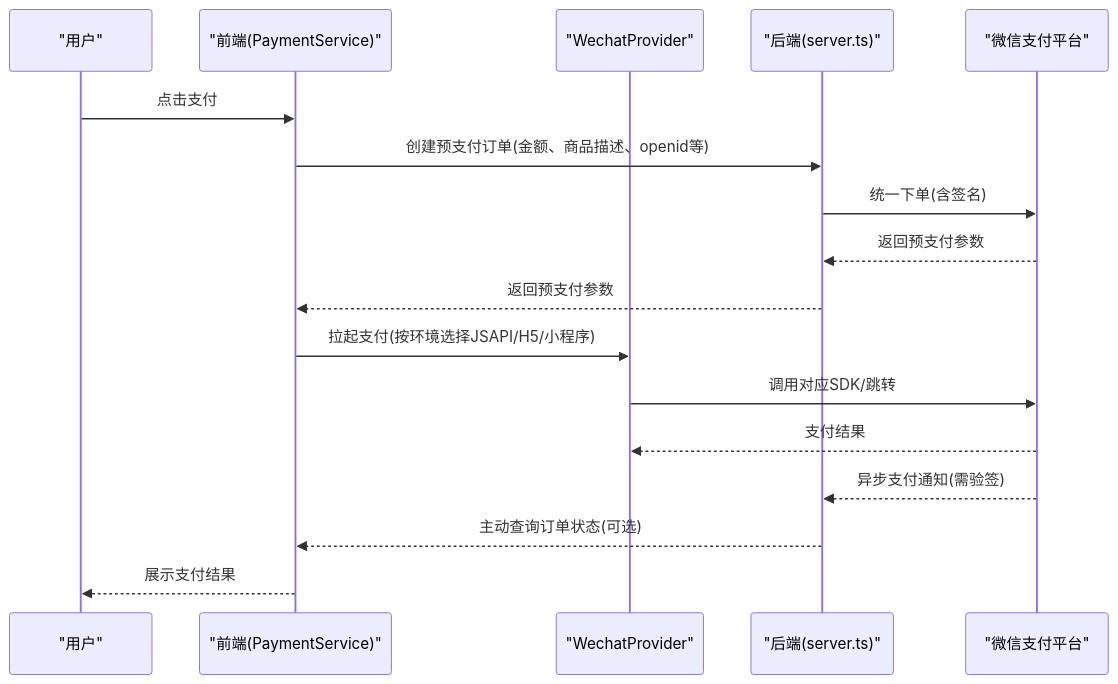
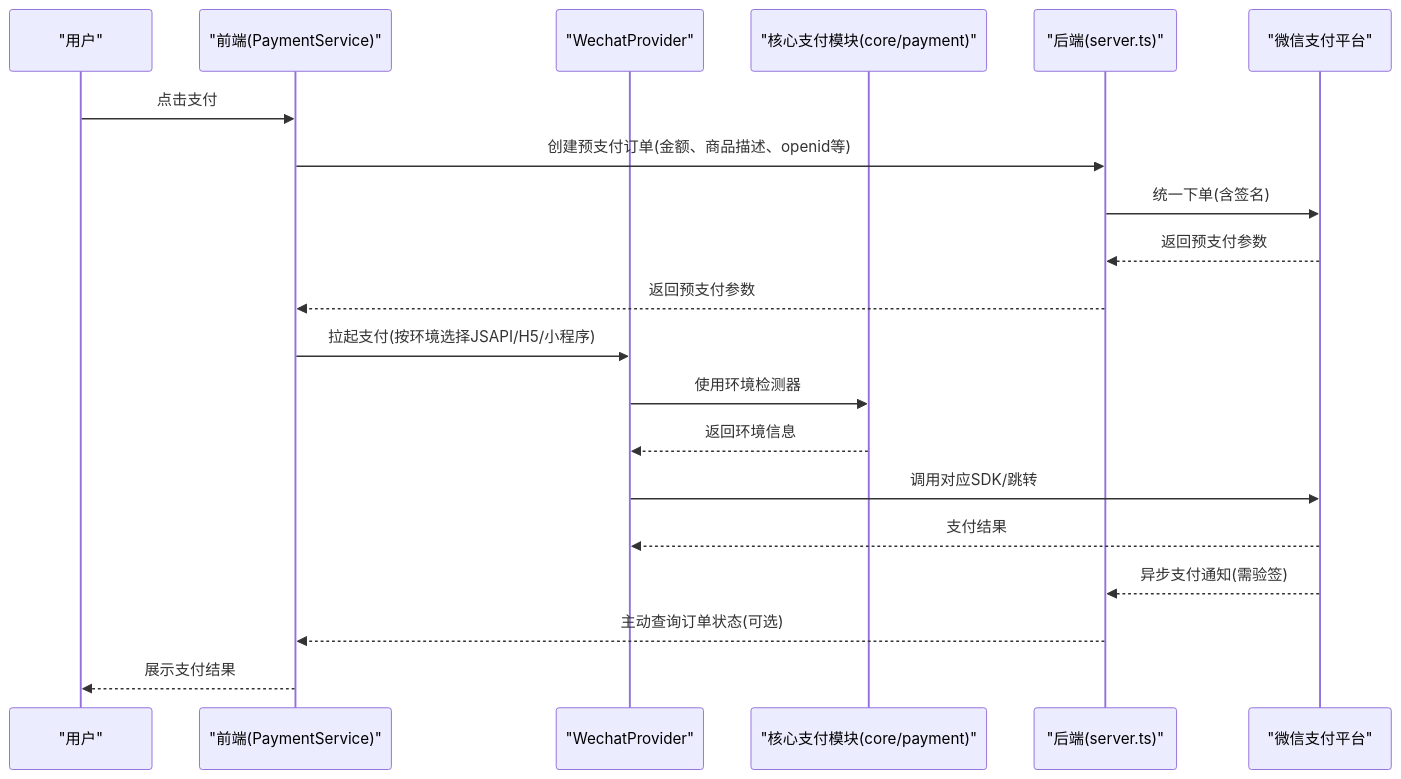
Before and after one commit to Hu-Right/supply-os: the second of 6 diagrams in .qoder/repowiki/zh/content/支付系统集成/微信支付集成实现.md, drawn with Mermaid. The commit also changed other lines of this file and 39 other files, not shown here.

````diff
--- a/.qoder/repowiki/zh/content/支付系统集成/微信支付集成实现.md
+++ b/.qoder/repowiki/zh/content/支付系统集成/微信支付集成实现.md
@@ -83,19 +100,22 @@
 ```mermaid
 sequenceDiagram
 participant U as "用户"
 participant FE as "前端(PaymentService)"
 participant WP as "WechatProvider"
+participant CP as "核心支付模块(core/payment)"
 participant BE as "后端(server.ts)"
 participant WX as "微信支付平台"
 U->>FE : 点击支付
 FE->>BE : 创建预支付订单(金额、商品描述、openid等)
 BE->>WX : 统一下单(含签名)
 WX-->>BE : 返回预支付参数
 BE-->>FE : 返回预支付参数
 FE->>WP : 拉起支付(按环境选择JSAPI/H5/小程序)
+WP->>CP : 使用环境检测器
+CP-->>WP : 返回环境信息
 WP->>WX : 调用对应SDK/跳转
 WX-->>WP : 支付结果
 WX-->>BE : 异步支付通知(需验签)
 BE-->>FE : 主动查询订单状态(可选)
 FE-->>U : 展示支付结果
 ```
````
